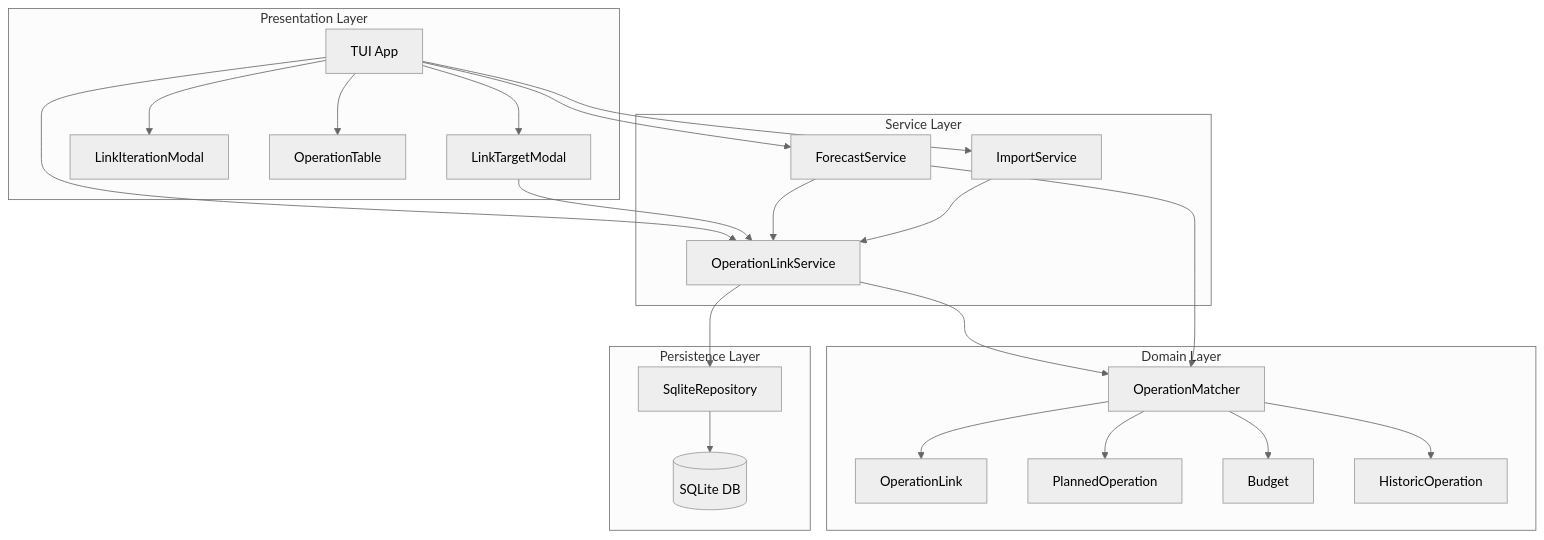
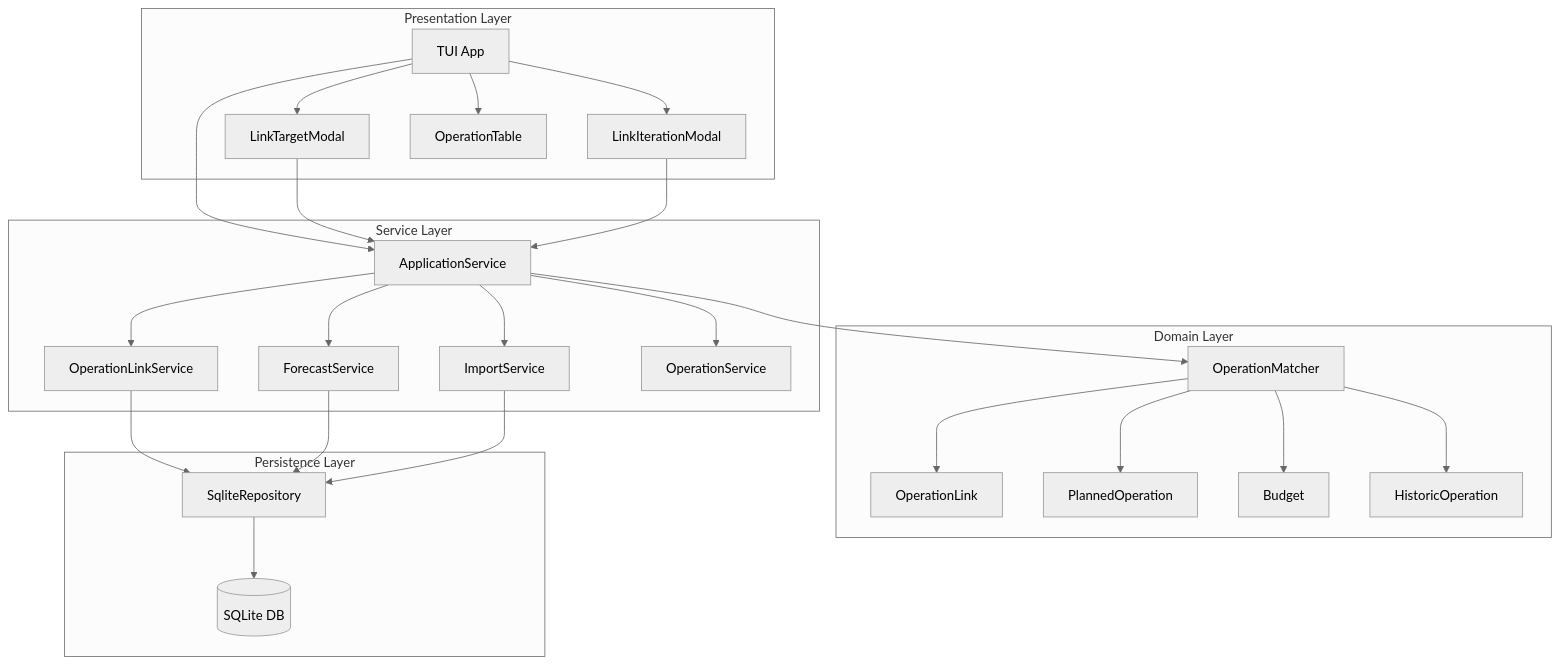
Before and after one commit to corentin-core/budget-forecaster: the first of 8 diagrams in docs/dev/operation-links.md, drawn with Mermaid (neutral theme). The commit also changed other lines of this file and 30 other files, not shown here.

First line of the commit message:
feat: introduce ApplicationService as central orchestrator (#71) (#89)

````diff
--- a/docs/dev/operation-links.md
+++ b/docs/dev/operation-links.md
@@ -8,50 +8,55 @@
 ```mermaid
 graph TB
     subgraph "Presentation Layer"
         TUI[TUI App]
         LinkTargetModal[LinkTargetModal]
         LinkIterationModal[LinkIterationModal]
         OperationTable[OperationTable]
     end
 
     subgraph "Service Layer"
+        AS[ApplicationService]
         OLS[OperationLinkService]
         FS[ForecastService]
         IS[ImportService]
+        OS[OperationService]
     end
 
     subgraph "Domain Layer"
         OM[OperationMatcher]
         OL[OperationLink]
         PO[PlannedOperation]
         B[Budget]
         HO[HistoricOperation]
     end
 
     subgraph "Persistence Layer"
         Repo[SqliteRepository]
         DB[(SQLite DB)]
     end
 
+    TUI --> AS
     TUI --> LinkTargetModal
     TUI --> LinkIterationModal
     TUI --> OperationTable
-    TUI --> OLS
-    TUI --> FS
-    TUI --> IS
 
-    LinkTargetModal --> OLS
-    FS --> OLS
-    IS --> OLS
+    LinkTargetModal --> AS
+    LinkIterationModal --> AS
 
-    OLS --> OM
+    AS --> IS
+    AS --> FS
+    AS --> OLS
+    AS --> OS
+    AS --> OM
+
     OLS --> Repo
-    FS --> OM
+    FS --> Repo
+    IS --> Repo
 
     OM --> OL
     OM --> PO
     OM --> B
     OM --> HO
 
     Repo --> DB
 ```
````
